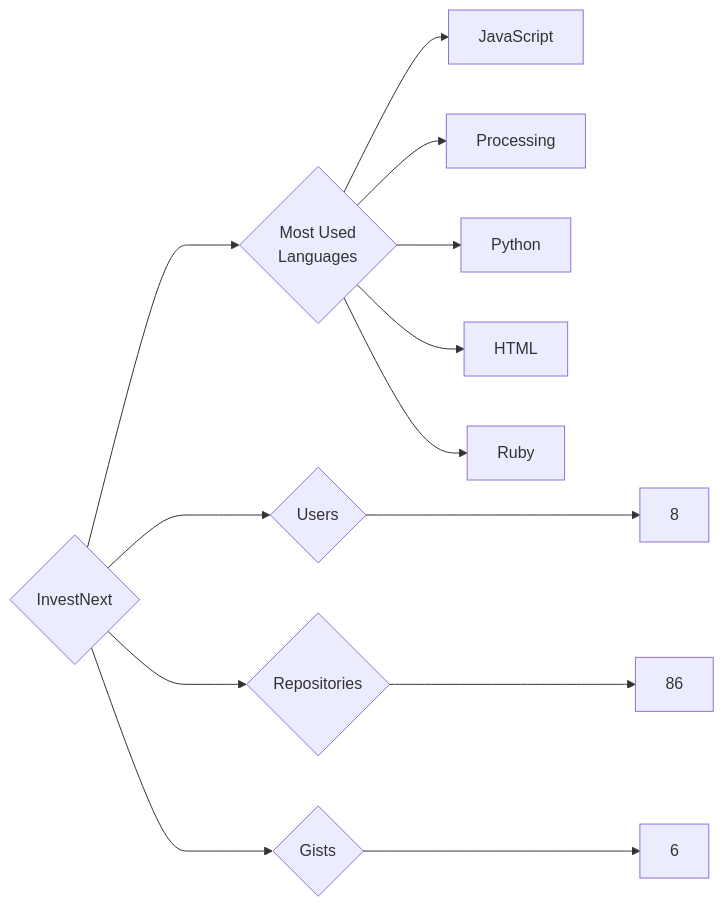
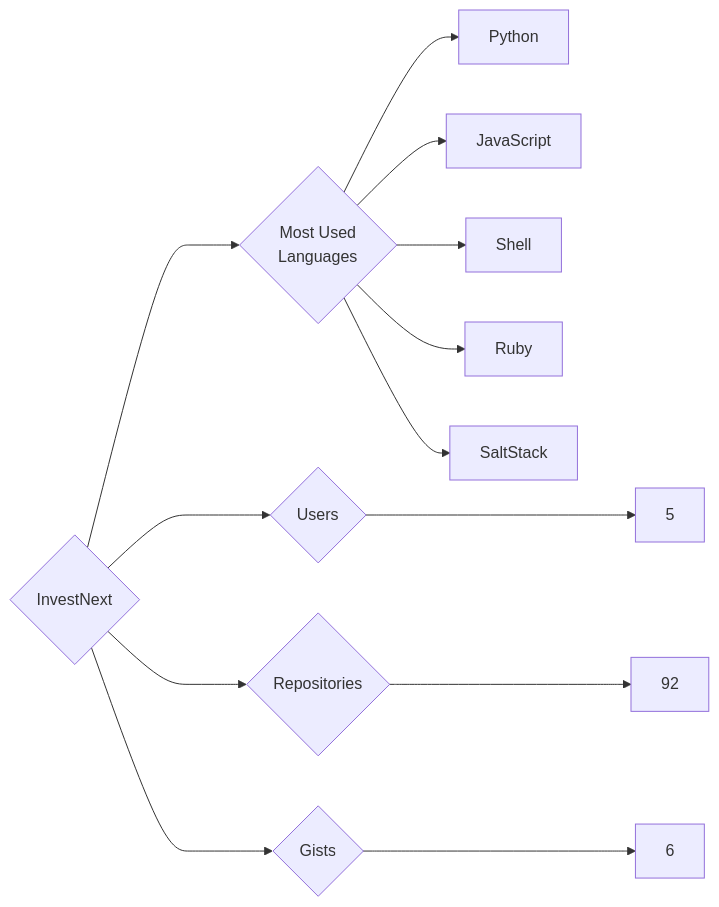
Before and after one commit to trickest/insiders: the diagram in targets/InvestNext/README.md, drawn with Mermaid. The commit also changed 860 other files, not shown here.

````diff
--- a/targets/InvestNext/README.md
+++ b/targets/InvestNext/README.md
@@ -3,13 +3,13 @@
 ```mermaid
 graph LR
 COMPANY_NAME{InvestNext}
-COMPANY_NAME ---> U{Users} ---> UN[8]
-COMPANY_NAME ---> R{Repositories} ---> RN[86]
+COMPANY_NAME ---> U{Users} ---> UN[5]
+COMPANY_NAME ---> R{Repositories} ---> RN[92]
 COMPANY_NAME ---> G{Gists} ---> GN[6]
 COMPANY_NAME ---> ML{Most Used<br>Languages}
+ML --> Python[Python]
 ML --> JavaScript[JavaScript]
-ML --> Processing[Processing]
-ML --> Python[Python]
-ML --> HTML[HTML]
+ML --> Shell[Shell]
 ML --> Ruby[Ruby]
+ML --> SaltStack[SaltStack]
 ```
````
